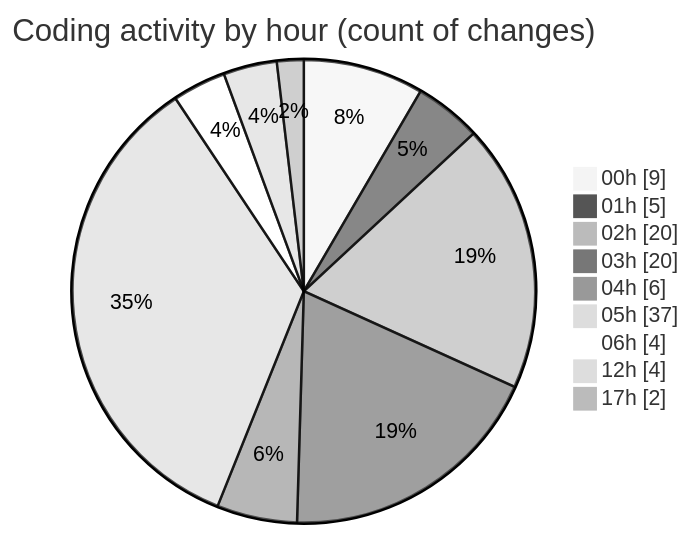
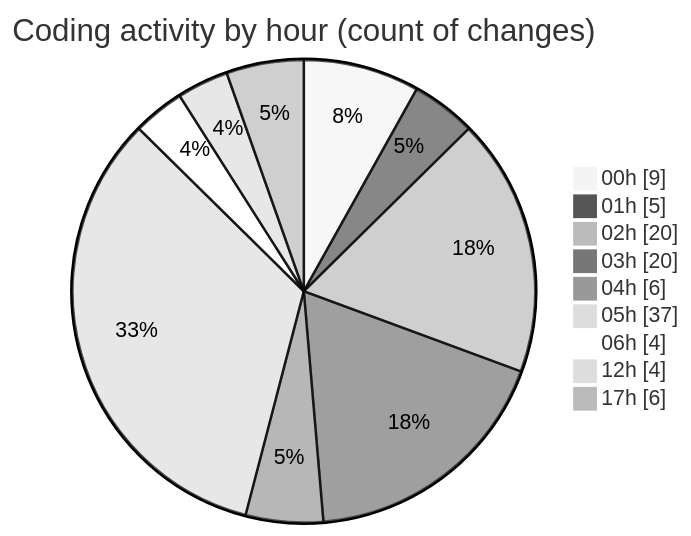
One commit to lephambinh05/code-tracking changed the second of 2 diagrams in 2025-08-05/studybuddy/README.md. Above: the diagram before and after it, drawn with Mermaid (neutral theme). The commit also changed other lines of this file and 1 other file, not shown here.

````diff
--- a/2025-08-05/studybuddy/README.md
+++ b/2025-08-05/studybuddy/README.md
@@ -64,13 +66,13 @@
 ```mermaid
 pie showData
 title Coding activity by hour (count of changes)
 "00h" : 9
 "01h" : 5
 "02h" : 20
 "03h" : 20
 "04h" : 6
 "05h" : 37
 "06h" : 4
 "12h" : 4
-"17h" : 2
+"17h" : 6
 ```
````
